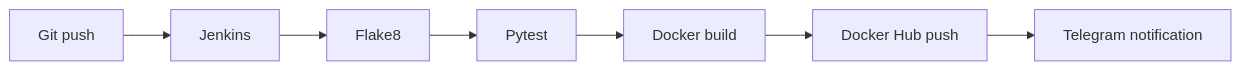
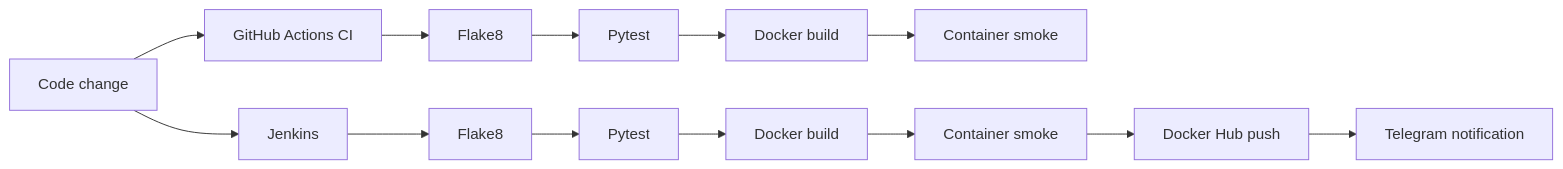
One commit to TokhirjonYuldoshev/my-docker-project changed the diagram in README.md. Above: the diagram before and after it, drawn with Mermaid. The commit also changed other lines of this file, not shown here.

````diff
--- a/README.md
+++ b/README.md
@@ -7,9 +12,16 @@
 ```mermaid
 flowchart LR
-    A[Git push] --> J[Jenkins]
-    J --> L[Flake8]
-    L --> T[Pytest]
-    T --> B[Docker build]
-    B --> H[Docker Hub push]
+    C[Code change] --> GH[GitHub Actions CI]
+    GH --> Q1[Flake8]
+    Q1 --> T1[Pytest]
+    T1 --> B1[Docker build]
+    B1 --> S1[Container smoke]
+
+    C --> J[Jenkins]
+    J --> Q2[Flake8]
+    Q2 --> T2[Pytest]
+    T2 --> B2[Docker build]
+    B2 --> S2[Container smoke]
+    S2 --> H[Docker Hub push]
     H --> N[Telegram notification]
 ```
````
